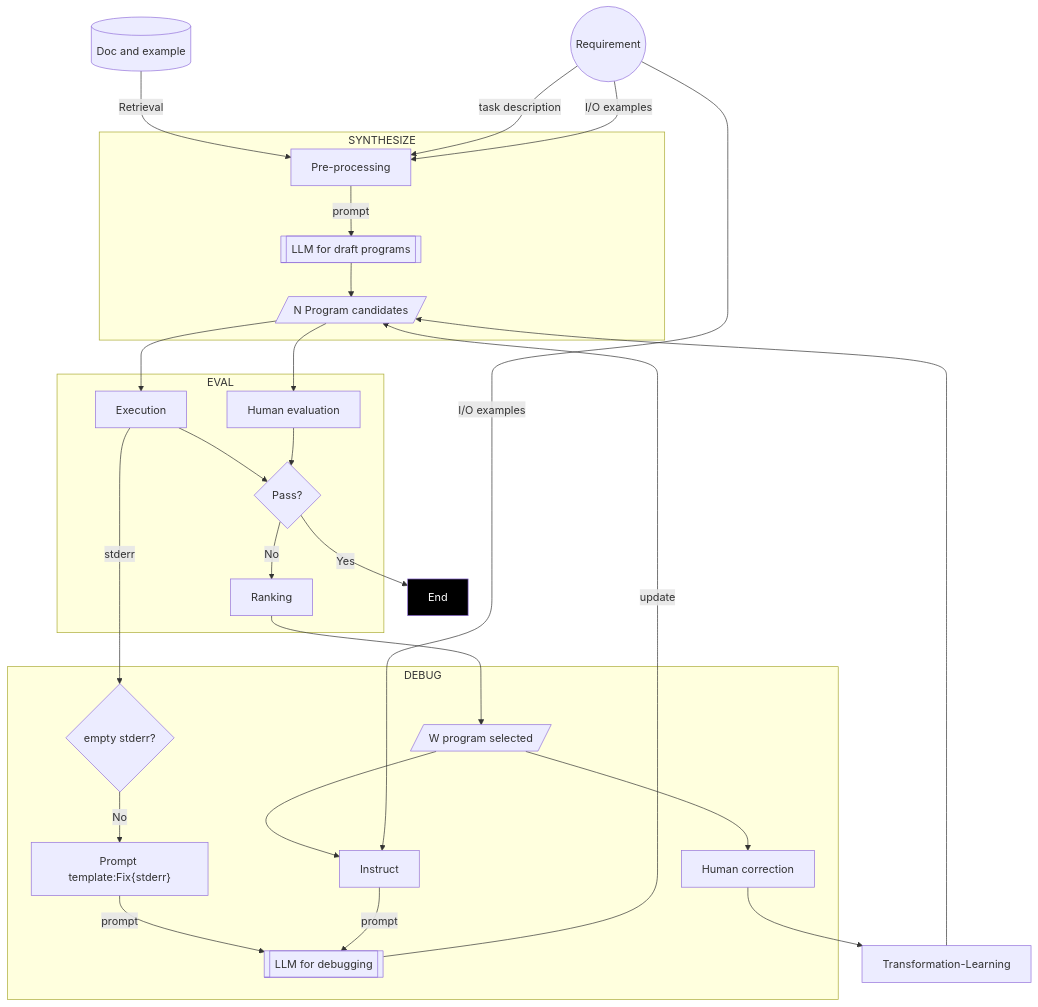
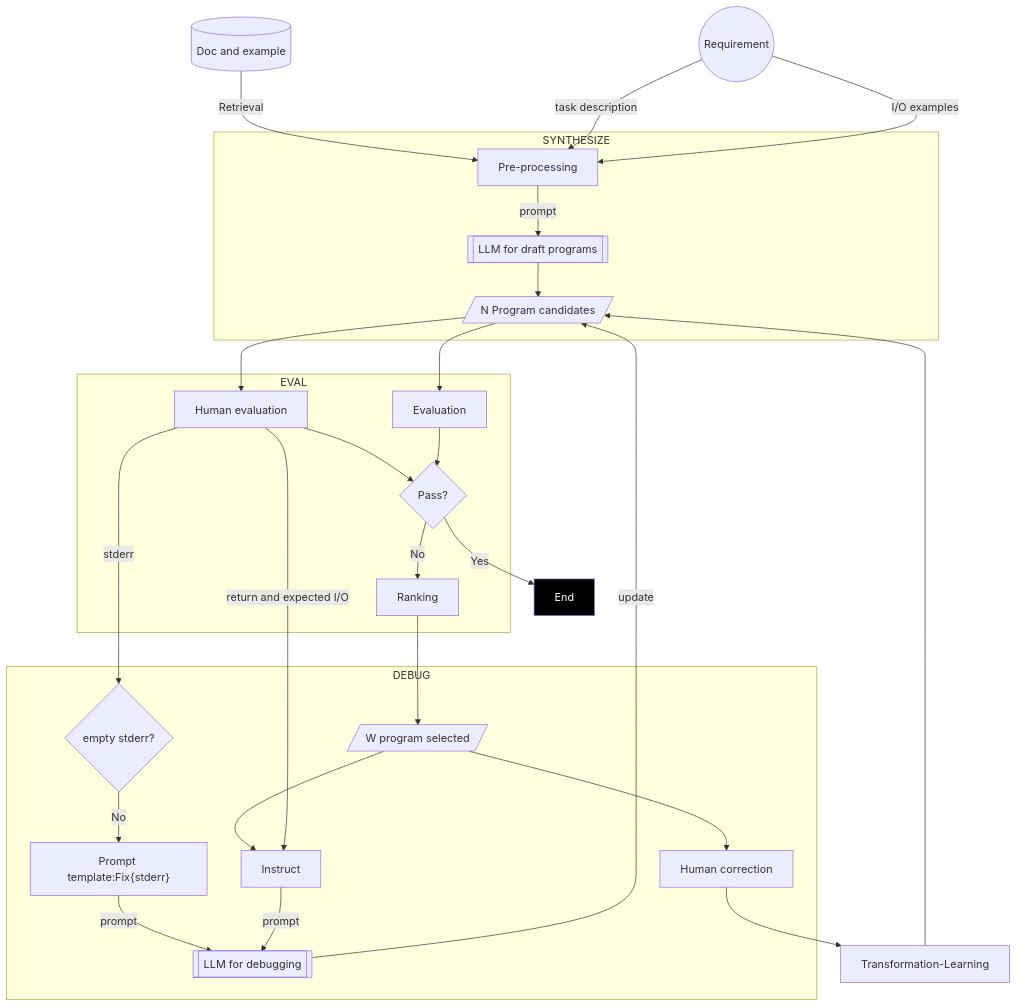
Before and after one commit to AI-LLM/ai-llm.github.io: the second of 2 diagrams in Code-Generation.md, drawn with Mermaid.

````diff
--- a/Code-Generation.md
+++ b/Code-Generation.md
@@ -59,32 +59,32 @@
 ```mermaid
 graph TD;
 classDef INV fill:black,color:white;
 doc[(Doc and example)] -- Retrieval --> Pre-processing
 S((Requirement)) -- task description --> Pre-processing
 S -- I/O examples --> Pre-processing
 subgraph SYNTHESIZE
 Pre-processing -- prompt --> LLMsynth[[LLM for draft programs]]
 LLMsynth --> PN[/N Program candidates/]
 end
-PN --> Evaluation[Human evaluation]
-PN --> Execution
+PN --> Execution[Human evaluation]
+PN --> Evaluation
 subgraph EVAL
 Execution --> Suc{Pass?} -- No -->Ranking
 Evaluation --> Suc
 end
 Suc -- Yes --> End
 class End INV;
 Ranking --> PS[/W program selected/]
 subgraph DEBUG
 Execution -- stderr --> err{empty stderr?}
 err -- No --> PT1["Prompt template:Fix{stderr}"] 
 PT1 -- prompt --> LLMdebug
 PS --> Instruct
 Instruct -- prompt --> LLMdebug[[LLM for debugging]]
 PS --> Correction[Human correction]
 end
-S -- I/O examples --> Instruct
+Execution -- return and expected I/O --> Instruct
 LLMdebug -- update --> PN
 Correction --> Transformation-Learning
 Transformation-Learning --> PN
 ```
````
